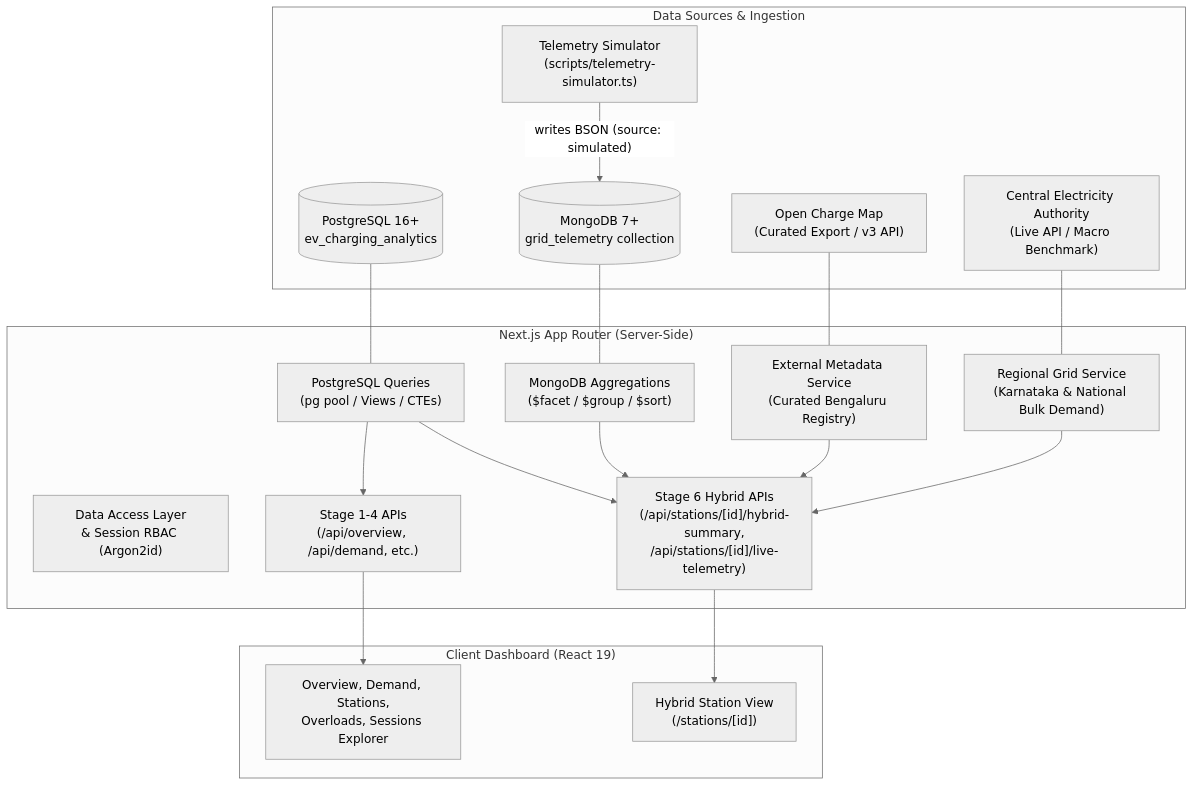
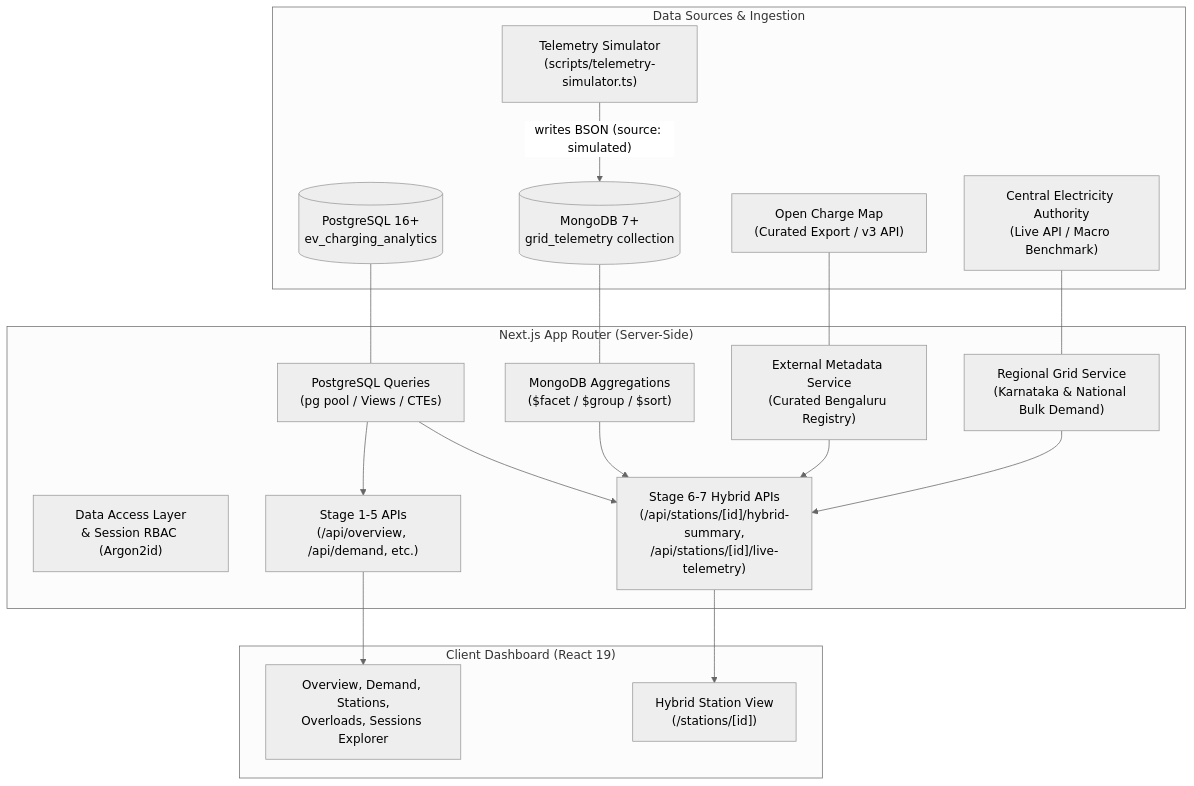
Before and after one commit to KaushikBalaji05/EV_Charging_Analytics: the diagram in README.md, drawn with Mermaid (neutral theme). The commit also changed other lines of this file and 45 other files, not shown here.

````diff
--- a/README.md
+++ b/README.md
@@ -9,37 +9,37 @@
 ```mermaid
 flowchart TD
     subgraph DataSources["Data Sources & Ingestion"]
         PG[(PostgreSQL 16+\nev_charging_analytics)]
         Sim["Telemetry Simulator\n(scripts/telemetry-simulator.ts)"]
         Mongo[(MongoDB 7+\ngrid_telemetry collection)]
         OCM["Open Charge Map\n(Curated Export / v3 API)"]
         CEA["Central Electricity Authority\n(Live API / Macro Benchmark)"]
         Sim -->|"writes BSON (source: simulated)"| Mongo
     end
 
     subgraph Backend["Next.js App Router (Server-Side)"]
         DAL["Data Access Layer\n& Session RBAC (Argon2id)"]
         PGQueries["PostgreSQL Queries\n(pg pool / Views / CTEs)"]
         MongoQueries["MongoDB Aggregations\n($facet / $group / $sort)"]
         MetaService["External Metadata Service\n(Curated Bengaluru Registry)"]
         GridService["Regional Grid Service\n(Karnataka & National Bulk Demand)"]
 
         PG --- PGQueries
         Mongo --- MongoQueries
         OCM --- MetaService
         CEA --- GridService
 
-        API_Legacy["Stage 1-4 APIs\n(/api/overview, /api/demand, etc.)"]
-        API_Hybrid["Stage 6 Hybrid APIs\n(/api/stations/[id]/hybrid-summary,\n/api/stations/[id]/live-telemetry)"]
+        API_Legacy["Stage 1-5 APIs\n(/api/overview, /api/demand, etc.)"]
+        API_Hybrid["Stage 6-7 Hybrid APIs\n(/api/stations/[id]/hybrid-summary,\n/api/stations/[id]/live-telemetry)"]
 
         PGQueries --> API_Legacy
         PGQueries & MongoQueries & MetaService & GridService --> API_Hybrid
     end
 
     subgraph Frontend["Client Dashboard (React 19)"]
         UI_Dash["Overview, Demand, Stations,\nOverloads, Sessions Explorer"]
         UI_Hybrid["Hybrid Station View\n(/stations/[id])"]
         API_Legacy --> UI_Dash
         API_Hybrid --> UI_Hybrid
     end
 ```
````
